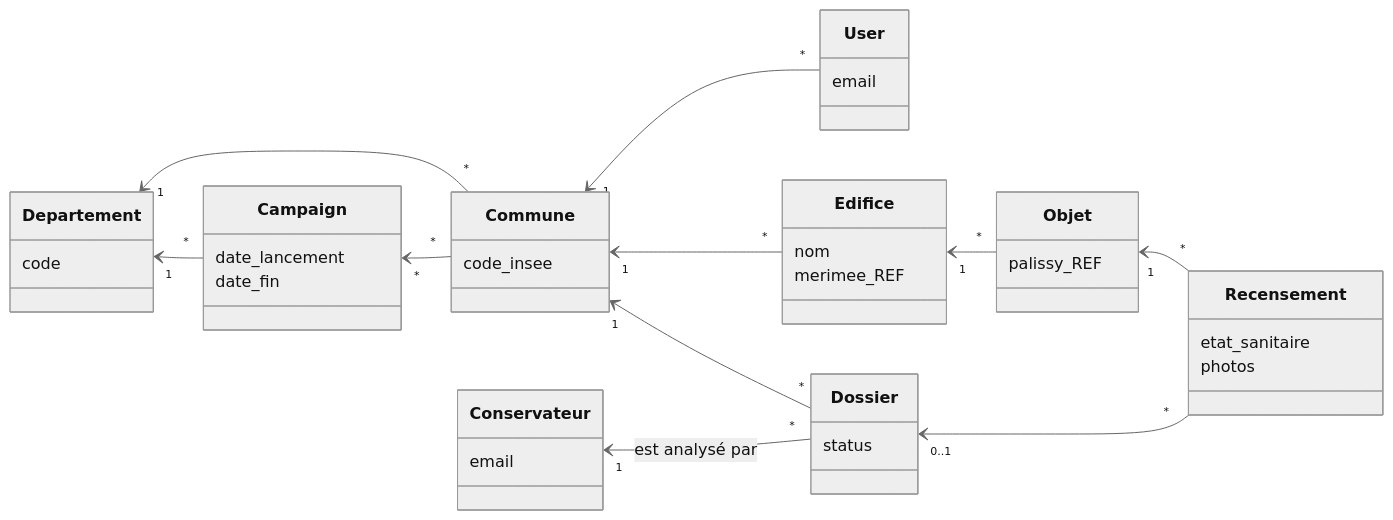
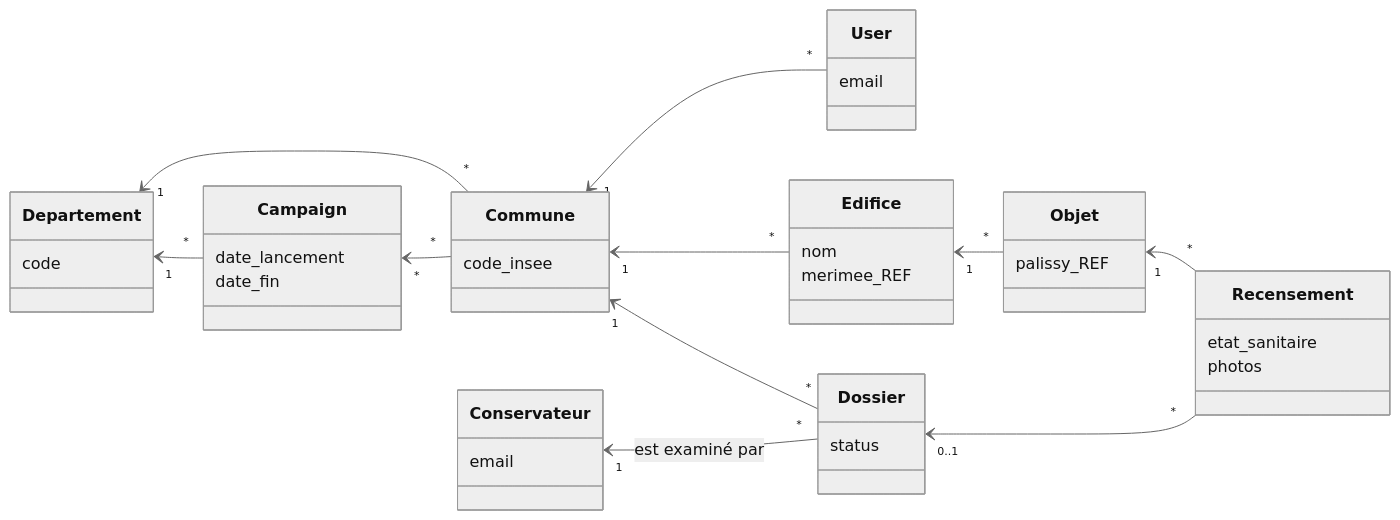
Before and after one commit to betagouv/collectif-objets: the second of 4 diagrams in README.md, drawn with Mermaid (neutral theme). The commit also changed other lines of this file and 17 other files, not shown here.

````diff
--- a/README.md
+++ b/README.md
@@ -181,47 +181,47 @@
 ```mermaid
 classDiagram
 
 direction RL
 
 class User
 User : email
 
 class Commune
 Commune : code_insee
 
 class Edifice
 Edifice : nom
 Edifice : merimee_REF
 
 class Objet
 Objet : palissy_REF
 
 class Recensement
 Recensement : etat_sanitaire
 Recensement : photos
 
 class Dossier
 Dossier : status
 
 class Departement
 Departement : code
 
 class Campaign
 Campaign : date_lancement
 Campaign : date_fin
 
 class Conservateur
 Conservateur : email
 
 Commune "*" --> "1" Departement
 User "*" --> "1" Commune
 Edifice "*" --> "1" Commune
 Objet "*" --> "1" Edifice
 Recensement "*" --> "1" Objet
 Recensement "*" --> "0..1" Dossier
 Dossier "*" --> "1" Commune
-Dossier "*" --> "1" Conservateur : est analysé par
+Dossier "*" --> "1" Conservateur : est examiné par
 Campaign "*" --> "1" Departement
 Commune "*" --> "*" Campaign
 
 ```
````
